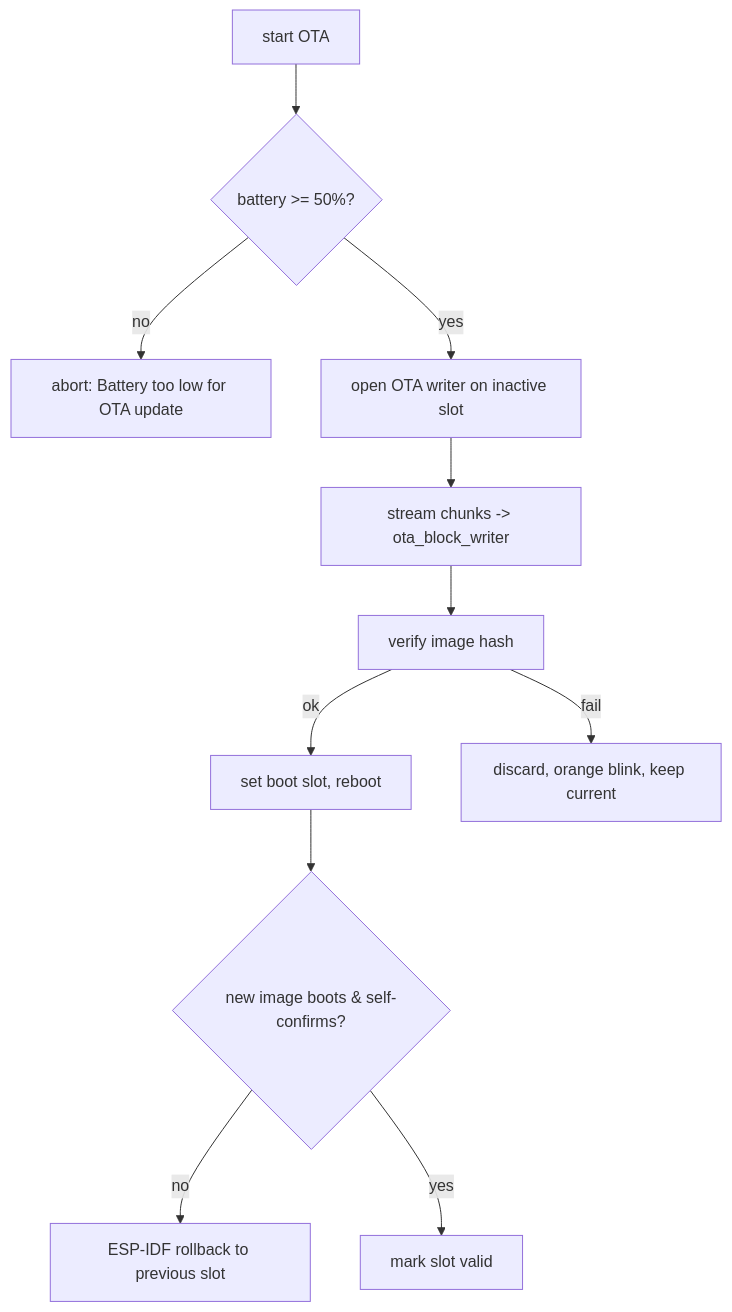
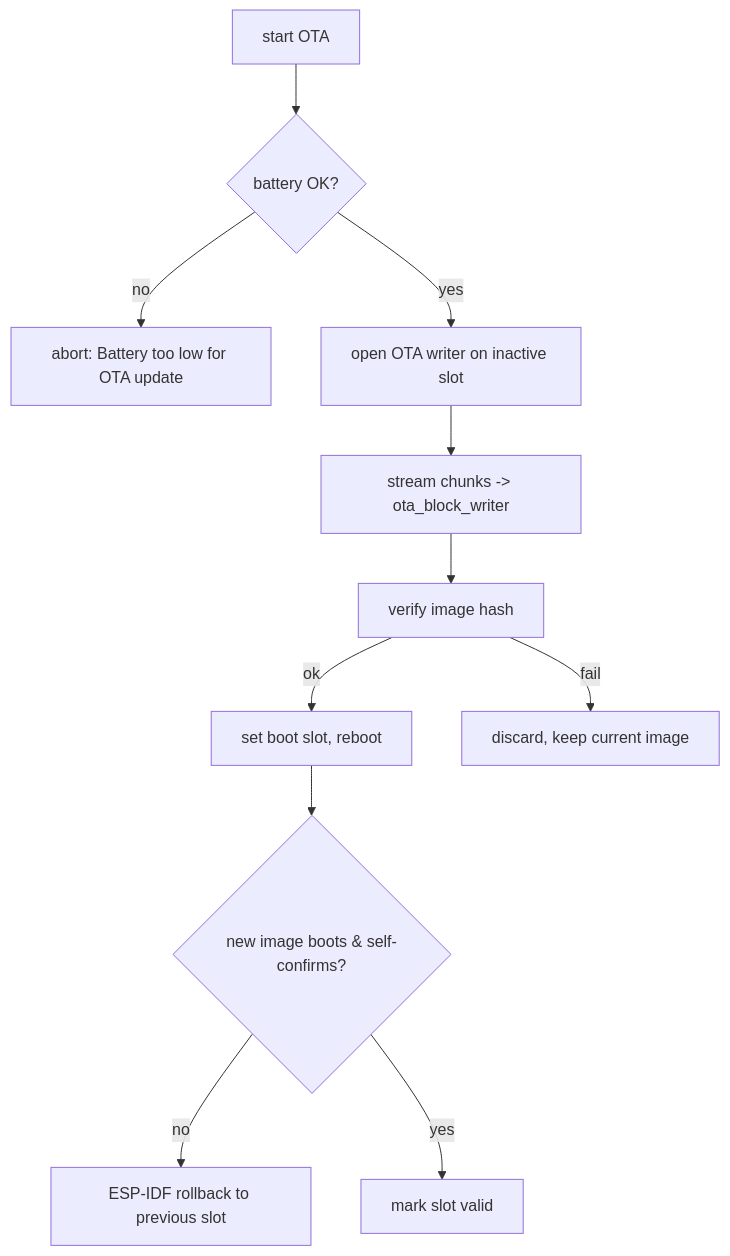
Before and after one commit to ljagiello/totem: the diagram in docs/subsystems/ota.mdx, drawn with Mermaid. The commit also changed other lines of this file and 18 other files, not shown here.

````diff
--- a/docs/subsystems/ota.mdx
+++ b/docs/subsystems/ota.mdx
@@ -44,13 +53,13 @@
 ```mermaid
 flowchart TD
-  A[start OTA] --> B{battery >= 50%?}
+  A[start OTA] --> B{battery OK?}
   B -->|no| X[abort: Battery too low for OTA update]
   B -->|yes| C[open OTA writer on inactive slot]
   C --> D[stream chunks -> ota_block_writer]
   D --> E[verify image hash]
   E -->|ok| F[set boot slot, reboot]
-  E -->|fail| G[discard, orange blink, keep current]
+  E -->|fail| G[discard, keep current image]
   F --> H{new image boots & self-confirms?}
   H -->|no| I[ESP-IDF rollback to previous slot]
   H -->|yes| J[mark slot valid]
 ```
````
